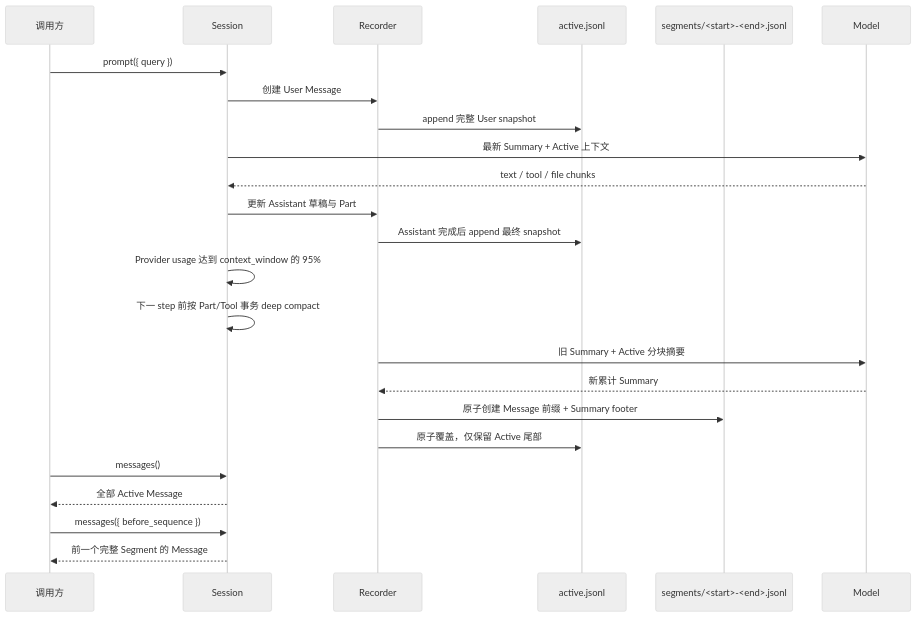
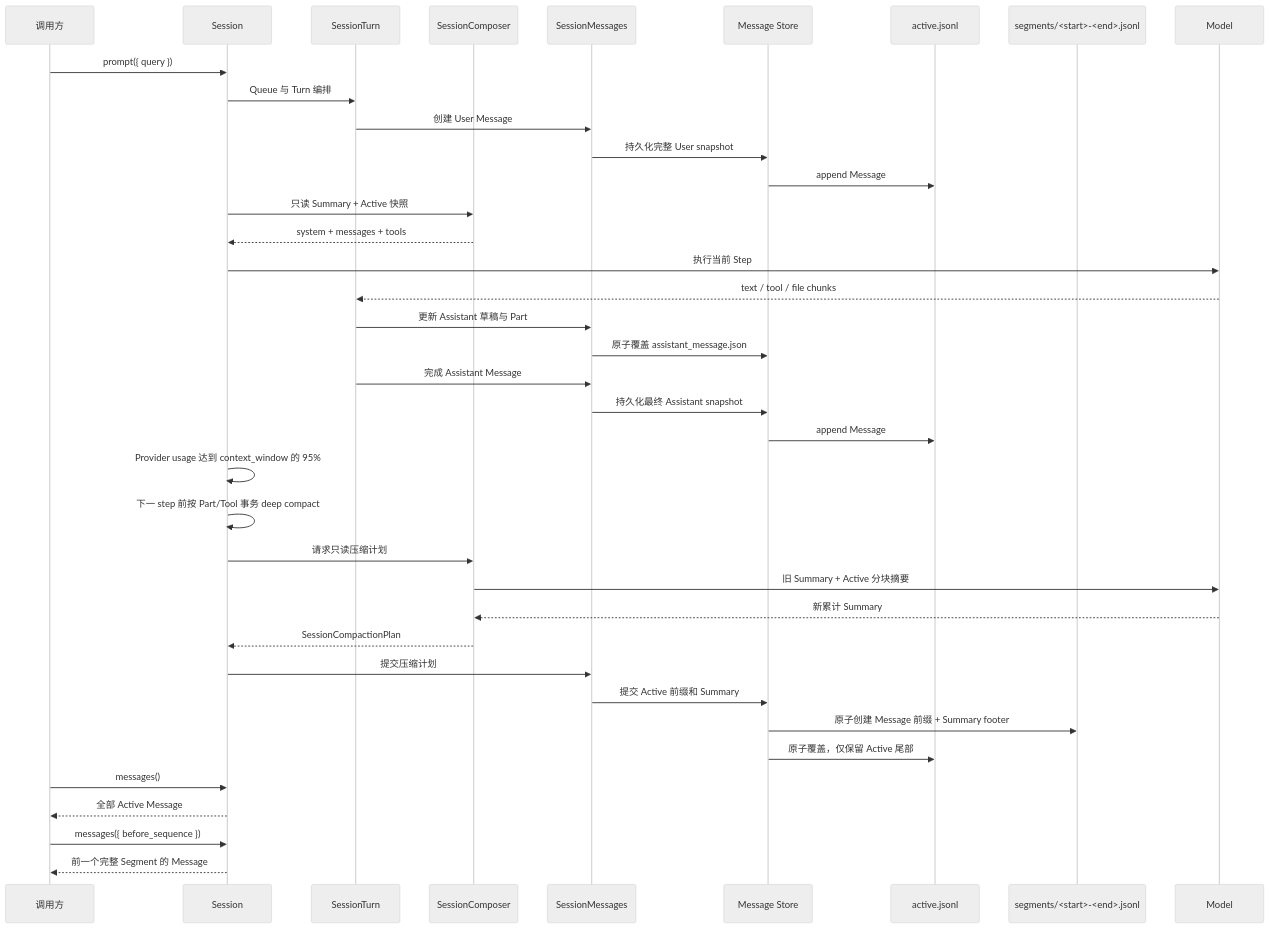
One commit to wangenius/downcity changed the diagram in homepage/content/agent-sdk-docs/zh/sessions/metadata-and-storage.mdx. Above: the diagram before and after it, drawn with Mermaid (neutral theme). The commit also changed other lines of this file and 7 other files, not shown here.

Commit message:
docs(agent): document session runtime architecture

````diff
--- a/homepage/content/agent-sdk-docs/zh/sessions/metadata-and-storage.mdx
+++ b/homepage/content/agent-sdk-docs/zh/sessions/metadata-and-storage.mdx
@@ -53,27 +53,41 @@
 ```mermaid
 sequenceDiagram
     participant App as 调用方
     participant Session
-    participant Recorder
+    participant Turn as SessionTurn
+    participant Composer as SessionComposer
+    participant Messages as SessionMessages
+    participant Store as Message Store
     participant Active as active.jsonl
     participant Segment as segments/<start>-<end>.jsonl
     participant Model
 
     App->>Session: prompt({ query })
-    Session->>Recorder: 创建 User Message
-    Recorder->>Active: append 完整 User snapshot
-    Session->>Model: 最新 Summary + Active 上下文
-    Model-->>Session: text / tool / file chunks
-    Session->>Recorder: 更新 Assistant 草稿与 Part
-    Recorder->>Active: Assistant 完成后 append 最终 snapshot
+    Session->>Turn: Queue 与 Turn 编排
+    Turn->>Messages: 创建 User Message
+    Messages->>Store: 持久化完整 User snapshot
+    Store->>Active: append Message
+    Session->>Composer: 只读 Summary + Active 快照
+    Composer-->>Session: system + messages + tools
+    Session->>Model: 执行当前 Step
+    Model-->>Turn: text / tool / file chunks
+    Turn->>Messages: 更新 Assistant 草稿与 Part
+    Messages->>Store: 原子覆盖 assistant_message.json
+    Turn->>Messages: 完成 Assistant Message
+    Messages->>Store: 持久化最终 Assistant snapshot
+    Store->>Active: append Message
     Session->>Session: Provider usage 达到 context_window 的 95%
     Session->>Session: 下一 step 前按 Part/Tool 事务 deep compact
-    Recorder->>Model: 旧 Summary + Active 分块摘要
-    Model-->>Recorder: 新累计 Summary
-    Recorder->>Segment: 原子创建 Message 前缀 + Summary footer
-    Recorder->>Active: 原子覆盖，仅保留 Active 尾部
+    Session->>Composer: 请求只读压缩计划
+    Composer->>Model: 旧 Summary + Active 分块摘要
+    Model-->>Composer: 新累计 Summary
+    Composer-->>Session: SessionCompactionPlan
+    Session->>Messages: 提交压缩计划
+    Messages->>Store: 提交 Active 前缀和 Summary
+    Store->>Segment: 原子创建 Message 前缀 + Summary footer
+    Store->>Active: 原子覆盖，仅保留 Active 尾部
     App->>Session: messages()
     Session-->>App: 全部 Active Message
     App->>Session: messages({ before_sequence })
     Session-->>App: 前一个完整 Segment 的 Message
 ```
````
